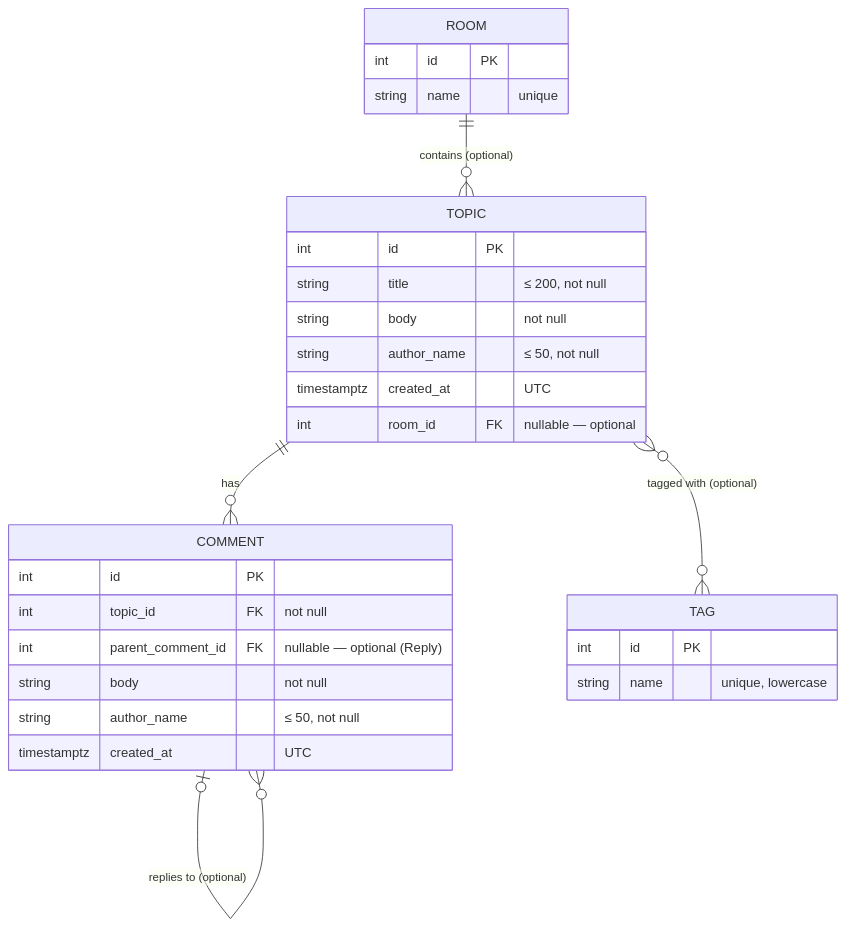
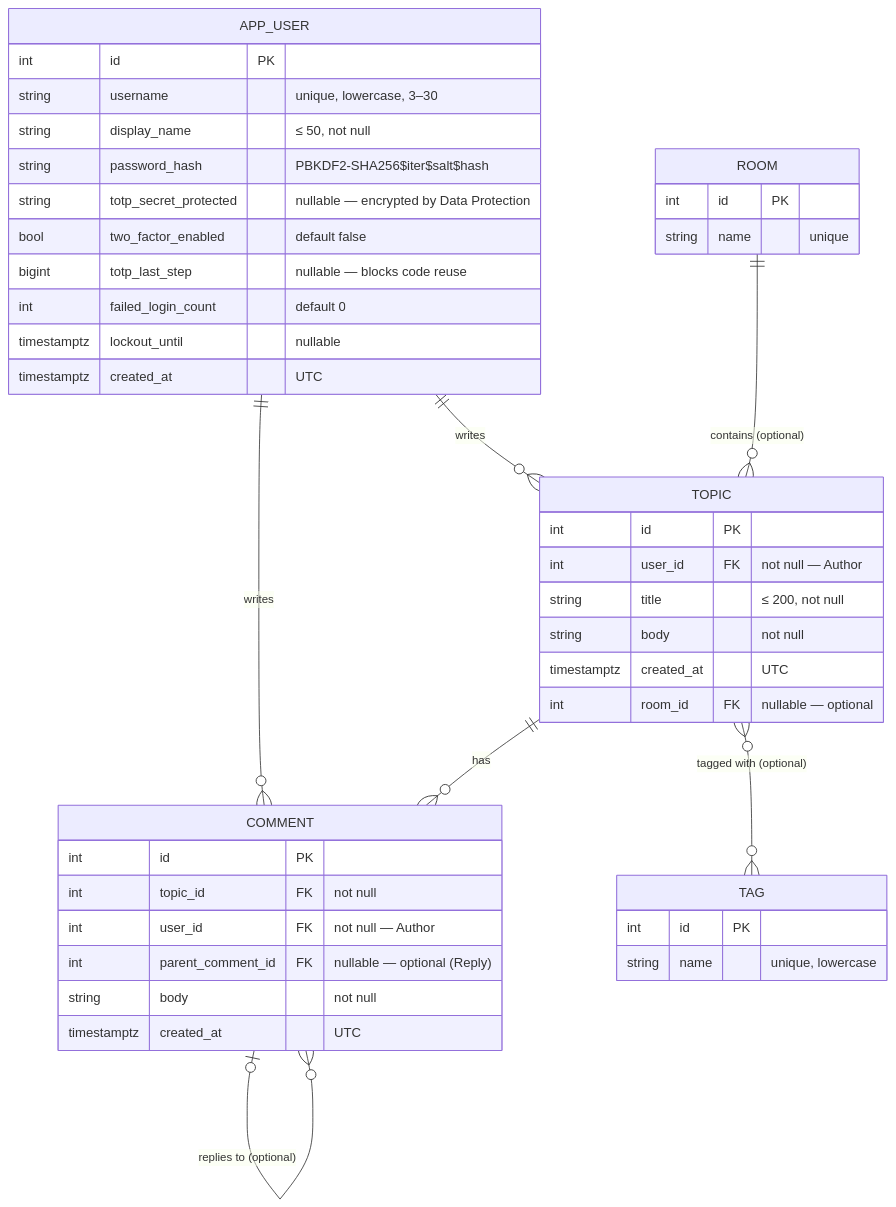
One commit to ToonRz/Project_SASD changed the diagram in docs/ARCHITECTURE.md. Above: the diagram before and after it, drawn with Mermaid. The commit also changed other lines of this file and 8 other files, not shown here.

First line of the commit message:
docs(auth): add login with mandatory TOTP 2FA and PBKDF2-SHA256 passwords

````diff
--- a/docs/ARCHITECTURE.md
+++ b/docs/ARCHITECTURE.md
@@ -99,32 +102,46 @@
 ```mermaid
 erDiagram
+    APP_USER ||--o{ TOPIC   : writes
+    APP_USER ||--o{ COMMENT : writes
     ROOM  ||--o{ TOPIC   : "contains (optional)"
     TOPIC ||--o{ COMMENT : has
     COMMENT |o--o{ COMMENT : "replies to (optional)"
     TOPIC }o--o{ TAG     : "tagged with (optional)"
 
+    APP_USER {
+        int id PK
+        string username "unique, lowercase, 3–30"
+        string display_name "≤ 50, not null"
+        string password_hash "PBKDF2-SHA256$iter$salt$hash"
+        string totp_secret_protected "nullable — encrypted by Data Protection"
+        bool two_factor_enabled "default false"
+        bigint totp_last_step "nullable — blocks code reuse"
+        int failed_login_count "default 0"
+        timestamptz lockout_until "nullable"
+        timestamptz created_at "UTC"
+    }
     TOPIC {
         int id PK
+        int user_id FK "not null — Author"
         string title "≤ 200, not null"
         string body "not null"
-        string author_name "≤ 50, not null"
         timestamptz created_at "UTC"
         int room_id FK "nullable — optional"
     }
     COMMENT {
         int id PK
         int topic_id FK "not null"
+        int user_id FK "not null — Author"
         int parent_comment_id FK "nullable — optional (Reply)"
         string body "not null"
-        string author_name "≤ 50, not null"
         timestamptz created_at "UTC"
     }
     TAG {
         int id PK
         string name "unique, lowercase"
     }
     ROOM {
         int id PK
         string name "unique"
     }
 ```
````
